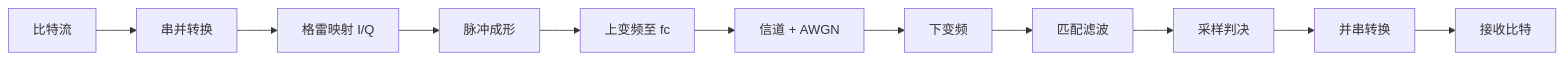
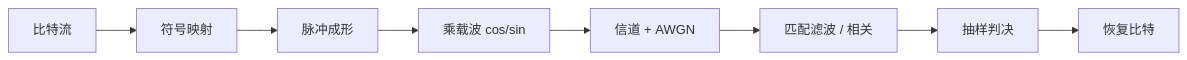
Before and after one commit to aaaaawwaa/aaaaawwaa.github.io: the diagram in content/communication/digital-modulation-qpsk.md, drawn with Mermaid. The commit also changed other lines of this file and 9 other files, not shown here.

````diff
--- a/content/communication/digital-modulation-qpsk.md
+++ b/content/communication/digital-modulation-qpsk.md
@@ -56,13 +18,10 @@
 ```mermaid
-graph LR
-    B["比特流"] --> S2P["串并转换"]
-    S2P --> MAP["格雷映射 I/Q"]
-    MAP --> PS["脉冲成形"]
-    PS --> UP["上变频至 fc"]
-    UP --> CH["信道 + AWGN"]
-    CH --> DN["下变频"]
-    DN --> MF["匹配滤波"]
-    MF --> SAM["采样判决"]
-    SAM --> P2S["并串转换"]
-    P2S --> O["接收比特"]
+flowchart LR
+    B["比特流"] --> MAP["符号映射"]
+    MAP --> SH["脉冲成形"]
+    SH --> MIX["乘载波 cos/sin"]
+    MIX --> CH["信道 + AWGN"]
+    CH --> MF["匹配滤波 / 相关"]
+    MF --> SAM["抽样判决"]
+    SAM --> OUT["恢复比特"]
 ```
````
